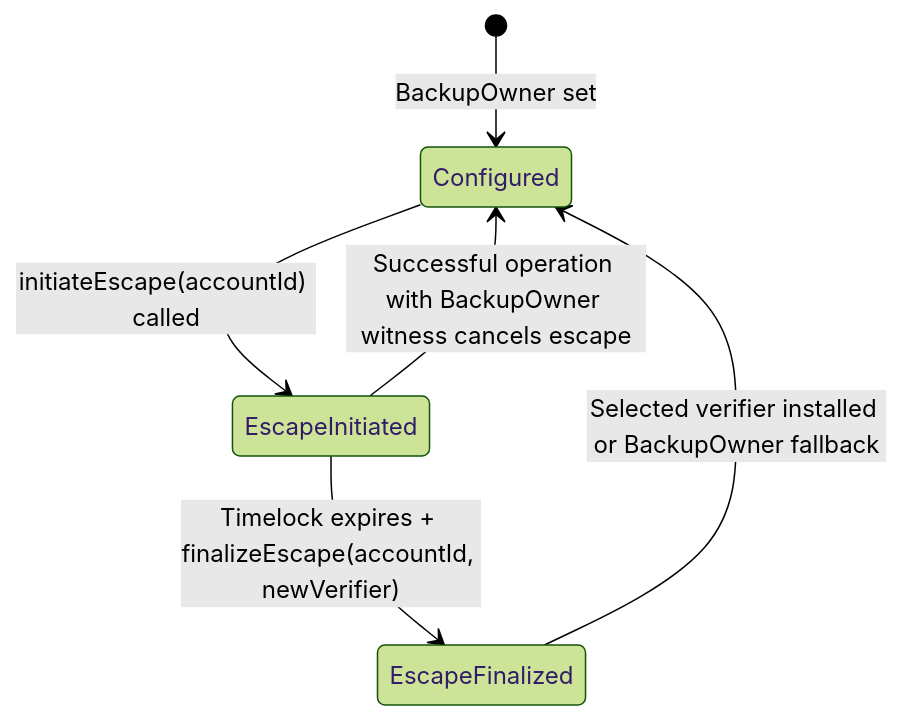
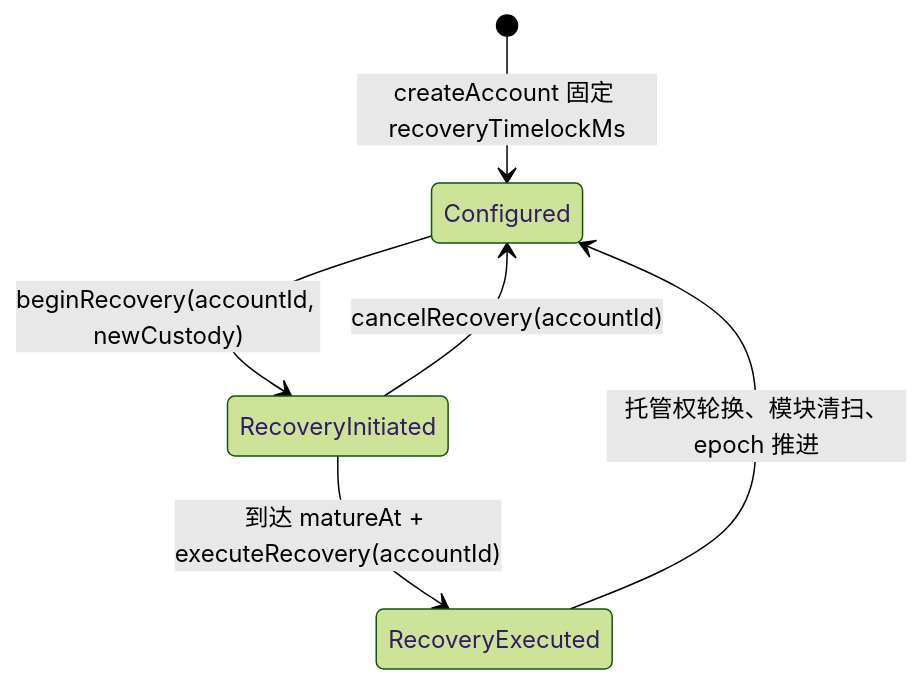
Before and after one commit to r3e-network/neo-os-aa: the diagram in docs/PROTOCOL_COMPLETENESS_AUDIT.zh-CN.md, drawn with Mermaid (forest theme). The commit also changed other lines of this file and 425 other files, not shown here.

````diff
--- a/docs/PROTOCOL_COMPLETENESS_AUDIT.zh-CN.md
+++ b/docs/PROTOCOL_COMPLETENESS_AUDIT.zh-CN.md
@@ -151,8 +150,8 @@
 ```mermaid
 stateDiagram-v2
-    [*] --> Configured: BackupOwner set
-    Configured --> EscapeInitiated: initiateEscape(accountId) called
-    EscapeInitiated --> Configured: Successful operation with BackupOwner witness cancels escape
-    EscapeInitiated --> EscapeFinalized: Timelock expires + finalizeEscape(accountId, newVerifier)
-    EscapeFinalized --> Configured: Selected verifier installed or BackupOwner fallback
+    [*] --> Configured: createAccount 固定 recoveryTimelockMs
+    Configured --> RecoveryInitiated: beginRecovery(accountId, newCustody)
+    RecoveryInitiated --> Configured: cancelRecovery(accountId)
+    RecoveryInitiated --> RecoveryExecuted: 到达 matureAt + executeRecovery(accountId)
+    RecoveryExecuted --> Configured: 托管权轮换、模块清扫、epoch 推进
 ```
````
